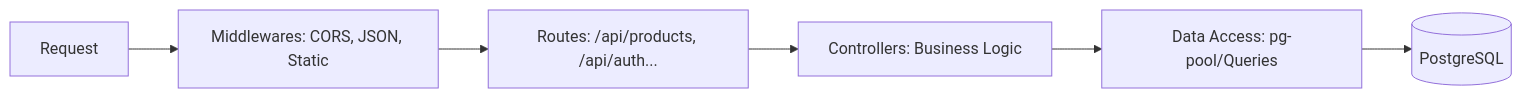
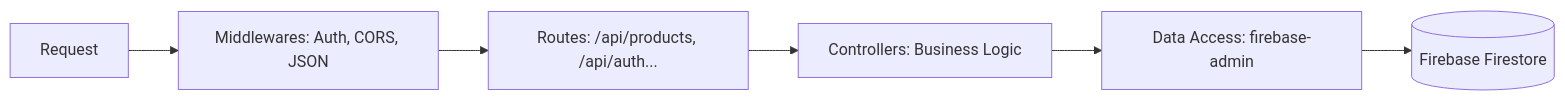
One commit to Hackmaass/BG-129 changed the first of 3 diagrams in README.md. Above: the diagram before and after it, drawn with Mermaid. The commit also changed other lines of this file and 13 other files, not shown here.

````diff
--- a/README.md
+++ b/README.md
@@ -29,8 +29,8 @@
 ```mermaid
 graph LR
-    Req[Request] --> MW[Middlewares: CORS, JSON, Static]
+    Req[Request] --> MW[Middlewares: Auth, CORS, JSON]
     MW --> Routes[Routes: /api/products, /api/auth...]
     Routes --> Ctrl[Controllers: Business Logic]
-    Ctrl --> Model[Data Access: pg-pool/Queries]
-    Model --> DB[(PostgreSQL)]
+    Ctrl --> Model[Data Access: firebase-admin]
+    Model --> DB[(Firebase Firestore)]
 ```
````
